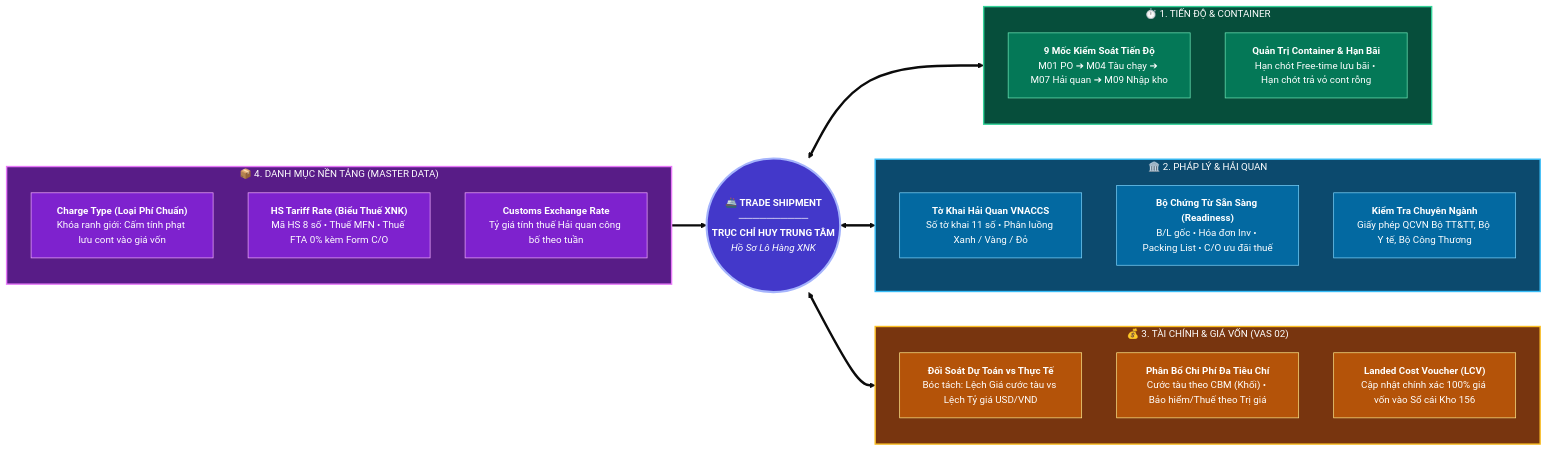
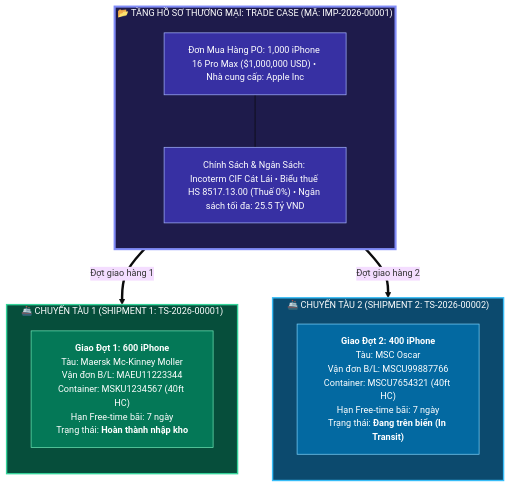
Before and after one commit to capkimkhanh2k5/Logistics_ERPNext_RAG: the second of 4 diagrams in KIEN_TRUC_HE_THONG_QUAN_TRI_XUAT_NHAP_KHAU.md, drawn with Mermaid. The commit also changed other lines of this file, not shown here.

Commit message:
fix(diagrams): resolve text overlap in T5 and integrate Trade Case vs Shipment model

````diff
--- a/KIEN_TRUC_HE_THONG_QUAN_TRI_XUAT_NHAP_KHAU.md
+++ b/KIEN_TRUC_HE_THONG_QUAN_TRI_XUAT_NHAP_KHAU.md
@@ -125,62 +113,35 @@
 ```mermaid
-%%{init: {'theme': 'base', 'themeVariables': { 'fontFamily': 'Arial, sans-serif', 'fontSize': '14px'}}}%%
-flowchart LR
-    %% TRÁI TIM HỆ THỐNG
-    HUB(("🚢 <b>TRADE SHIPMENT</b><br>──────────<br><b>TRỤC CHỈ HUY TRUNG TÂM</b><br><i>Hồ Sơ Lô Hàng XNK</i>"))
-
-    %% VỆ TINH 1: TIẾN ĐỘ & CONT
-    subgraph V1["⏱️ 1. TIẾN ĐỘ & CONTAINER"]
+%%{init: {'theme': 'base', 'themeVariables': { 'fontFamily': 'Arial, sans-serif', 'fontSize': '13px'}}}%%
+flowchart TD
+    %% TẦNG CASE
+    subgraph S_CASE["📂 TẦNG HỒ SƠ THƯƠNG MẠI: TRADE CASE (MÃ: IMP-2026-00001)"]
         direction TB
-        V1_A["<b>9 Mốc Kiểm Soát Tiến Độ</b><br>M01 PO ➔ M04 Tàu chạy ➔ M07 Hải quan ➔ M09 Nhập kho"]
-        V1_B["<b>Quản Trị Container & Hạn Bãi</b><br>Hạn chót Free-time lưu bãi • Hạn chót trả vỏ cont rỗng"]
+        PO["Đơn Mua Hàng PO: 1,000 iPhone 16 Pro Max ($1,000,000 USD) • Nhà cung cấp: Apple Inc"]
+        POL_GOV["Chính Sách & Ngân Sách: Incoterm CIF Cát Lái • Biểu thuế HS 8517.13.00 (Thuế 0%) • Ngân sách tối đa: 25.5 Tỷ VND"]
+        PO --- POL_GOV
     end
 
-    %% VỆ TINH 2: PHÁP LÝ & HẢI QUAN
-    subgraph V2["🏛️ 2. PHÁP LÝ & HẢI QUAN"]
+    %% TẦNG SHIPMENT
+    subgraph S_SHP1["🚢 CHUYẾN TÀU 1 (SHIPMENT 1: TS-2026-00001)"]
         direction TB
-        V2_A["<b>Tờ Khai Hải Quan VNACCS</b><br>Số tờ khai 11 số • Phân luồng Xanh / Vàng / Đỏ"]
-        V2_B["<b>Bộ Chứng Từ Sẵn Sàng (Readiness)</b><br>B/L gốc • Hóa đơn Inv • Packing List • C/O ưu đãi thuế"]
-        V2_C["<b>Kiểm Tra Chuyên Ngành</b><br>Giấy phép QCVN Bộ TT&TT, Bộ Y tế, Bộ Công Thương"]
+        SHP1_INFO["<b>Giao Đợt 1: 600 iPhone</b><br>Tàu: Maersk Mc-Kinney Moller<br>Vận đơn B/L: MAEU11223344<br>Container: MSKU1234567 (40ft HC)<br>Hạn Free-time bãi: 7 ngày<br>Trạng thái: <b>Hoàn thành nhập kho</b>"]
     end
 
-    %% VỆ TINH 3: CHI PHÍ & GIÁ VỐN
-    subgraph V3["💰 3. TÀI CHÍNH & GIÁ VỐN (VAS 02)"]
+    subgraph S_SHP2["🚢 CHUYẾN TÀU 2 (SHIPMENT 2: TS-2026-00002)"]
         direction TB
-        V3_A["<b>Đối Soát Dự Toán vs Thực Tế</b><br>Bóc tách: Lệch Giá cước tàu vs Lệch Tỷ giá USD/VND"]
-        V3_B["<b>Phân Bổ Chi Phí Đa Tiêu Chí</b><br>Cước tàu theo CBM (Khối) • Bảo hiểm/Thuế theo Trị giá"]
-        V3_C["<b>Landed Cost Voucher (LCV)</b><br>Cập nhật chính xác 100% giá vốn vào Sổ cái Kho 156"]
+        SHP2_INFO["<b>Giao Đợt 2: 400 iPhone</b><br>Tàu: MSC Oscar<br>Vận đơn B/L: MSCU99887766<br>Container: MSCU7654321 (40ft HC)<br>Hạn Free-time bãi: 7 ngày<br>Trạng thái: <b>Đang trên biển (In Transit)</b>"]
     end
 
-    %% VỆ TINH 4: MASTER DATA
-    subgraph V4["📦 4. DANH MỤC NỀN TẢNG (MASTER DATA)"]
-        direction TB
-        V4_A["<b>Charge Type (Loại Phí Chuẩn)</b><br>Khóa ranh giới: Cấm tính phạt lưu cont vào giá vốn"]
-        V4_B["<b>HS Tariff Rate (Biểu Thuế XNK)</b><br>Mã HS 8 số • Thuế MFN • Thuế FTA 0% kèm Form C/O"]
-        V4_C["<b>Customs Exchange Rate</b><br>Tỷ giá tính thuế Hải quan công bố theo tuần"]
-    end
+    S_CASE ==>|"Đợt giao hàng 1"| S_SHP1
+    S_CASE ==>|"Đợt giao hàng 2"| S_SHP2
 
-    %% KẾT NỐI ĐỐI XỨNG
-    V4 ==> HUB
-    HUB <==> V1
-    HUB <==> V2
-    HUB <==> V3
+    %% MÀU SẮC PHÂN TÁCH
+    style S_CASE fill:#1E1B4B,stroke:#818CF8,stroke-width:3px,color:#FFFFFF
+    style S_SHP1 fill:#064E3B,stroke:#34D399,stroke-width:2px,color:#FFFFFF
+    style S_SHP2 fill:#0C4A6E,stroke:#38BDF8,stroke-width:2px,color:#FFFFFF
 
-    %% STYLE NỀN ĐẬM TƯƠNG PHẢN CAO
-    style HUB fill:#4338CA,stroke:#A5B4FC,color:#FFFFFF,stroke-width:3px
-    style V1 fill:#064E3B,stroke:#34D399,stroke-width:2px,color:#FFFFFF
-    style V2 fill:#0C4A6E,stroke:#38BDF8,stroke-width:2px,color:#FFFFFF
-    style V3 fill:#78350F,stroke:#FBBF24,stroke-width:2px,color:#FFFFFF
-    style V4 fill:#581C87,stroke:#E879F9,stroke-width:2px,color:#FFFFFF
-
-    style V1_A fill:#047857,stroke:#6EE7B7,color:#FFFFFF
-    style V1_B fill:#047857,stroke:#6EE7B7,color:#FFFFFF
-    style V2_A fill:#0369A1,stroke:#7DD3FC,color:#FFFFFF
-    style V2_B fill:#0369A1,stroke:#7DD3FC,color:#FFFFFF
-    style V2_C fill:#0369A1,stroke:#7DD3FC,color:#FFFFFF
-    style V3_A fill:#B45309,stroke:#FDE68A,color:#FFFFFF
-    style V3_B fill:#B45309,stroke:#FDE68A,color:#FFFFFF
-    style V3_C fill:#B45309,stroke:#FDE68A,color:#FFFFFF
-    style V4_A fill:#7E22CE,stroke:#F0ABFC,color:#FFFFFF
-    style V4_B fill:#7E22CE,stroke:#F0ABFC,color:#FFFFFF
-    style V4_C fill:#7E22CE,stroke:#F0ABFC,color:#FFFFFF
+    style PO fill:#3730A3,stroke:#A5B4FC,color:#FFFFFF
+    style POL_GOV fill:#3730A3,stroke:#A5B4FC,color:#FFFFFF
+    style SHP1_INFO fill:#047857,stroke:#6EE7B7,color:#FFFFFF
+    style SHP2_INFO fill:#0369A1,stroke:#7DD3FC,color:#FFFFFF
 ```
````
